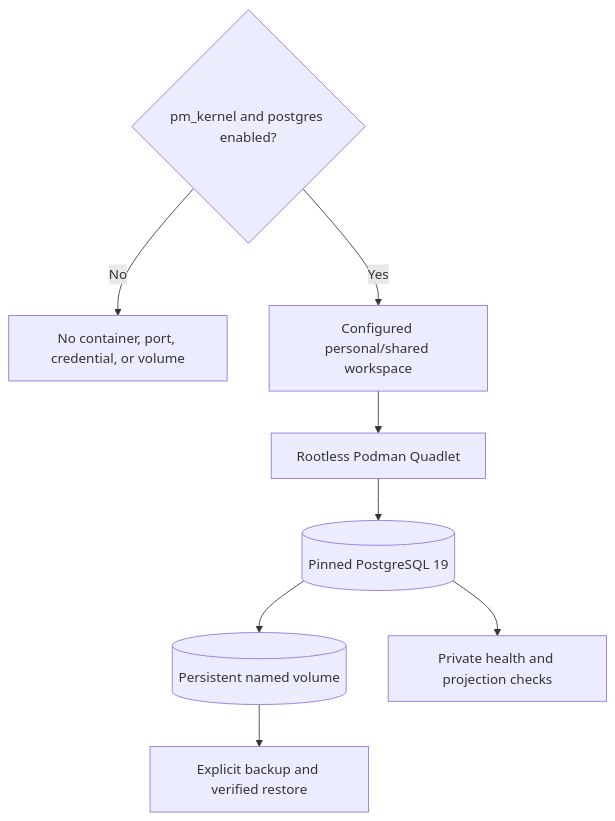
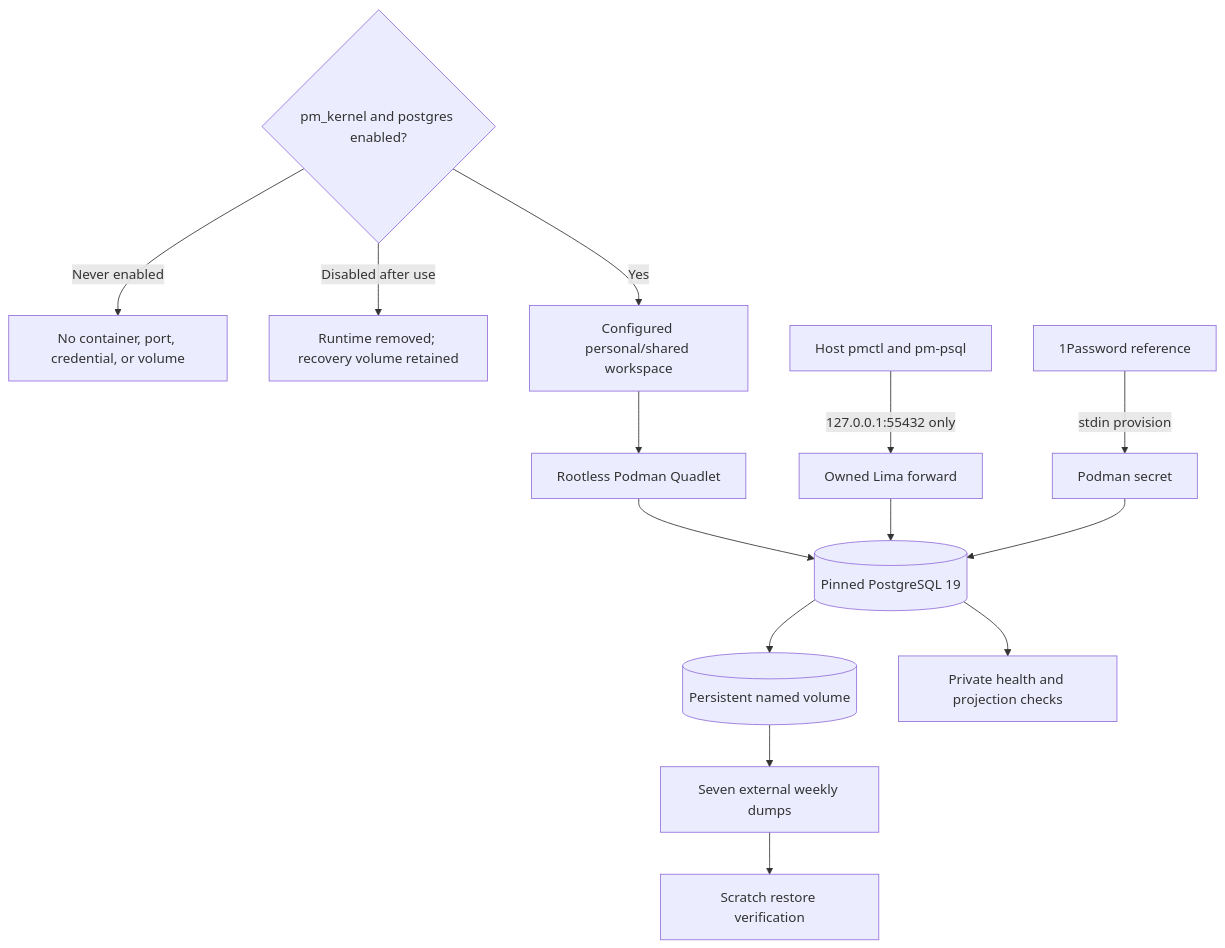
One commit to Saltiola7/dotfiles-ai changed the fourth of 4 diagrams in docs/specs/pm_kernel/README.md. Above: the diagram before and after it, drawn with Mermaid. The commit also changed other lines of this file and 3 other files, not shown here.

````diff
--- a/docs/specs/pm_kernel/README.md
+++ b/docs/specs/pm_kernel/README.md
@@ -426,13 +455,19 @@
 ```mermaid
 flowchart TB
     accTitle: Optional PostgreSQL deployment
     accDescr: Default configuration creates no service. When explicitly enabled for one configured workspace, rootless Podman runs pinned PostgreSQL 19 with private connectivity, persistent storage, health checks, and backup and restore operations while Git remains authoritative.
     D{pm_kernel and postgres enabled?}
-    D -->|No| N[No container, port, credential, or volume]
+    D -->|Never enabled| N[No container, port, credential, or volume]
+    D -->|Disabled after use| RV[Runtime removed; recovery volume retained]
     D -->|Yes| W[Configured personal/shared workspace]
     W --> Q[Rootless Podman Quadlet]
     Q --> P[(Pinned PostgreSQL 19)]
+    C[Host pmctl and pm-psql] -->|127.0.0.1:55432 only| L[Owned Lima forward]
+    L --> P
+    O[1Password reference] -->|stdin provision| S[Podman secret]
+    S --> P
     P --> V[(Persistent named volume)]
-    P --> H[Private health and projection checks]
-    V --> B[Explicit backup and verified restore]
+    P --> K[Private health and projection checks]
+    V --> B[Seven external weekly dumps]
+    B --> R[Scratch restore verification]
 ```
````
